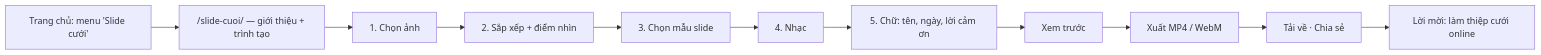
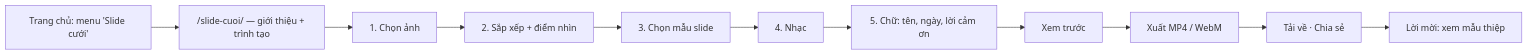
One commit to cuoixinh/cuoixinh.github.io changed the diagram in docs/PLAN-slide-cuoi.md. Above: the diagram before and after it, drawn with Mermaid. The commit also changed other lines of this file, not shown here.

First line of the commit message:
Plan slide cưới: chốt không màn kết, giữ /slide-cuoi/, nhạc chọn từ YouTube

````diff
--- a/docs/PLAN-slide-cuoi.md
+++ b/docs/PLAN-slide-cuoi.md
@@ -47,13 +47,13 @@
 ```mermaid
 flowchart LR
   A[Trang chủ: menu 'Slide cưới'] --> B["/slide-cuoi/ — giới thiệu + trình tạo"]
   B --> C[1. Chọn ảnh]
   C --> D[2. Sắp xếp + điểm nhìn]
   D --> E[3. Chọn mẫu slide]
   E --> F[4. Nhạc]
   F --> G[5. Chữ: tên, ngày, lời cảm ơn]
   G --> H[Xem trước]
   H --> I[Xuất MP4 / WebM]
   I --> J[Tải về · Chia sẻ]
-  J --> K[Lời mời: làm thiệp cưới online]
+  J --> K[Lời mời: xem mẫu thiệp]
 ```
````
